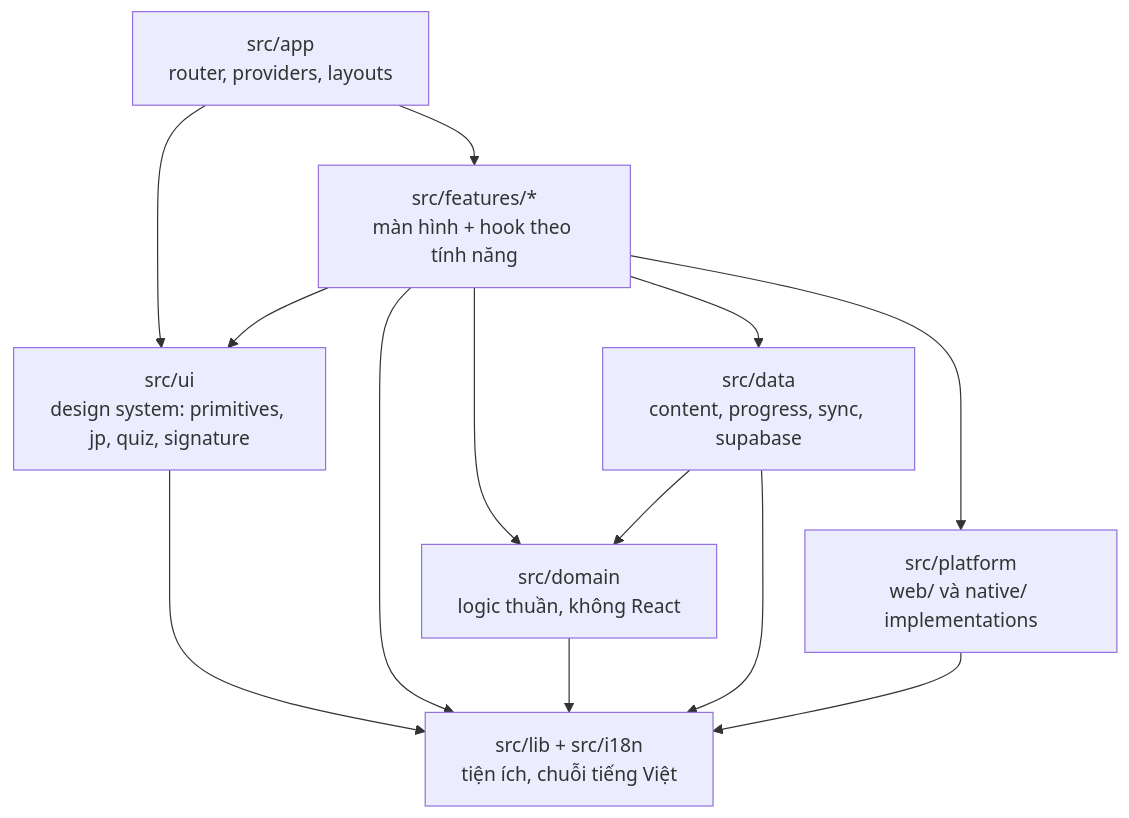
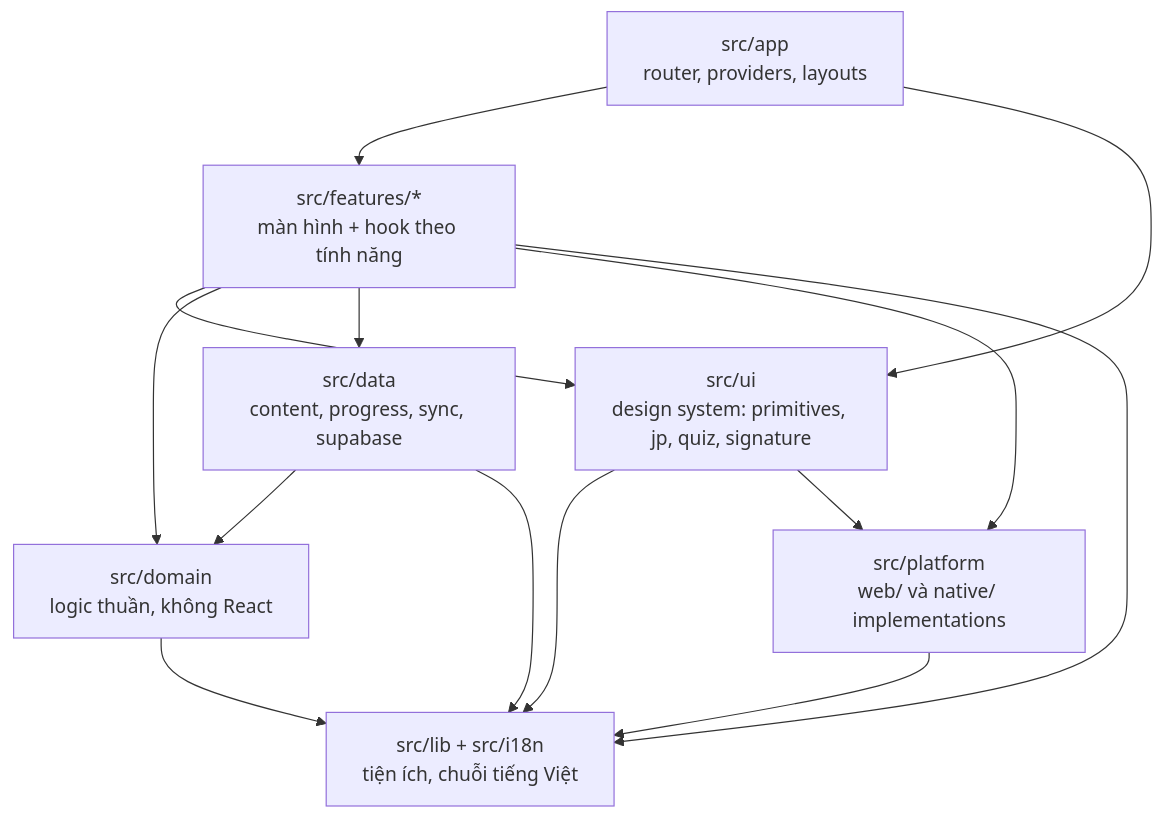
Before and after one commit to Letatducmanh/Study_japanese_website: the third of 11 diagrams in docs/ARCHITECTURE.md, drawn with Mermaid. The commit also changed other lines of this file and 4 other files, not shown here.

Commit message:
docs: thêm kiến trúc, frontend, roadmap, audit và checklist spec 001

````diff
--- a/docs/ARCHITECTURE.md
+++ b/docs/ARCHITECTURE.md
@@ -123,23 +123,24 @@
 ```mermaid
 flowchart TB
   app["src/app<br/>router, providers, layouts"]
   features["src/features/*<br/>màn hình + hook theo tính năng"]
   ui["src/ui<br/>design system: primitives, jp, quiz, signature"]
   domain["src/domain<br/>logic thuần, không React"]
   data["src/data<br/>content, progress, sync, supabase"]
   platform["src/platform<br/>web/ và native/ implementations"]
   lib["src/lib + src/i18n<br/>tiện ích, chuỗi tiếng Việt"]
 
   app --> features
   app --> ui
   features --> ui
   features --> domain
   features --> data
   features --> platform
   data --> domain
   ui --> lib
+  ui --> platform
   features --> lib
   domain --> lib
   data --> lib
   platform --> lib
 ```
````
